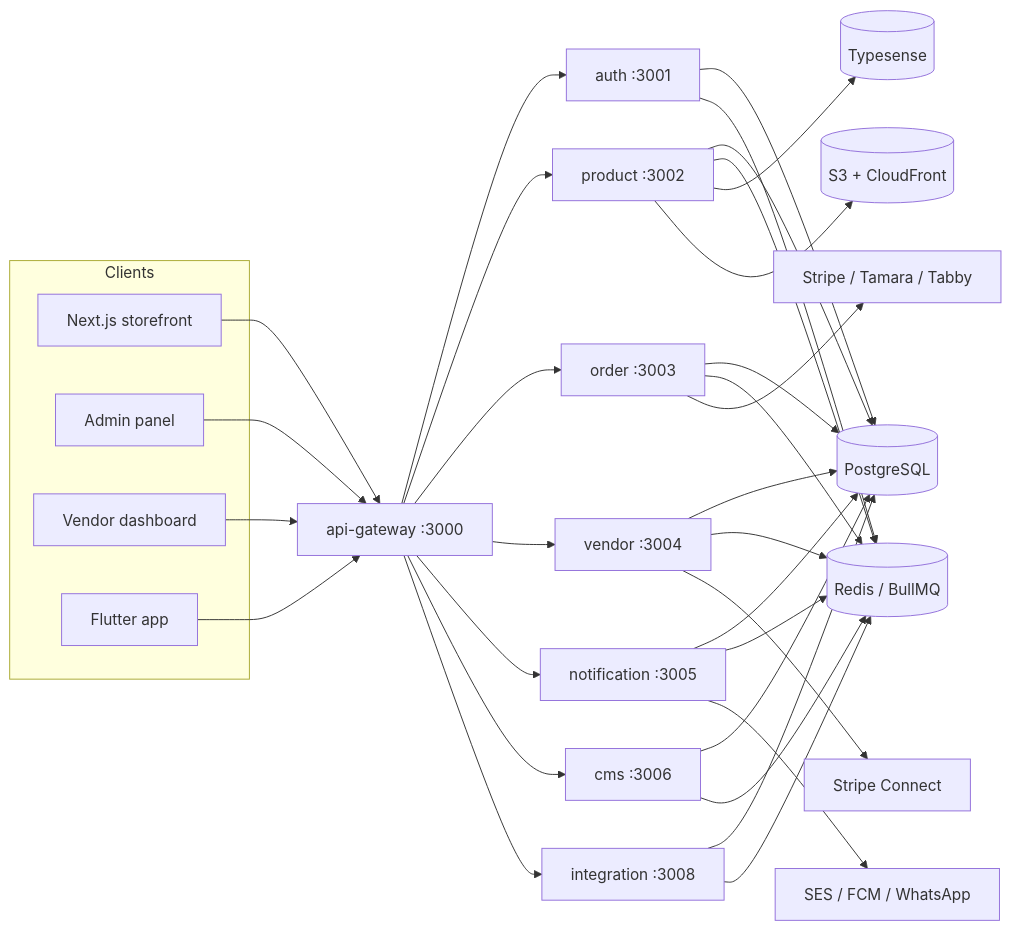
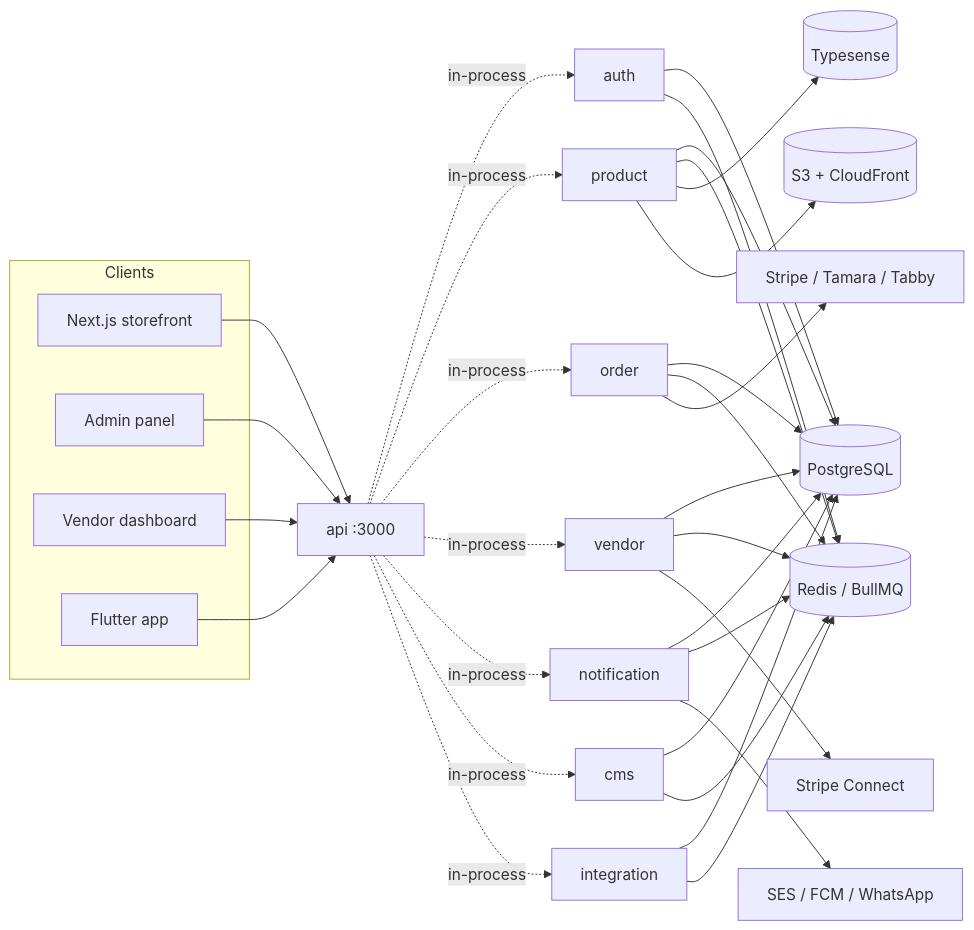
One commit to ismailfarisi/materialhub changed the first of 2 diagrams in docs/backend/01-architecture.md. Above: the diagram before and after it, drawn with Mermaid. The commit also changed other lines of this file and 30 other files, not shown here.

First line of the commit message:
WIP: point deploy, CI and local dev at the single api process

````diff
--- a/docs/backend/01-architecture.md
+++ b/docs/backend/01-architecture.md
@@ -66,32 +71,32 @@
 ```mermaid
 flowchart LR
     subgraph clients[Clients]
         WEB[Next.js storefront]
         ADM[Admin panel]
         VEN[Vendor dashboard]
         MOB[Flutter app]
     end
 
-    GW[api-gateway :3000]
+    GW[api :3000]
 
     WEB --> GW
     ADM --> GW
     VEN --> GW
     MOB --> GW
 
-    GW --> AUTH[auth :3001]
-    GW --> PROD[product :3002]
-    GW --> ORD[order :3003]
-    GW --> VND[vendor :3004]
-    GW --> NOT[notification :3005]
-    GW --> CMS[cms :3006]
-    GW --> INT[integration :3008]
+    GW -. in-process .-> AUTH[auth]
+    GW -. in-process .-> PROD[product]
+    GW -. in-process .-> ORD[order]
+    GW -. in-process .-> VND[vendor]
+    GW -. in-process .-> NOT[notification]
+    GW -. in-process .-> CMS[cms]
+    GW -. in-process .-> INT[integration]
 
     AUTH & PROD & ORD & VND & NOT & CMS & INT --> PG[(PostgreSQL)]
     AUTH & PROD & ORD & VND & NOT & CMS & INT --> RDS[(Redis / BullMQ)]
     PROD --> TS[(Typesense)]
     PROD --> S3[(S3 + CloudFront)]
     ORD --> STRIPE[Stripe / Tamara / Tabby]
     VND --> CONNECT[Stripe Connect]
     NOT --> SES[SES / FCM / WhatsApp]
 ```
````
